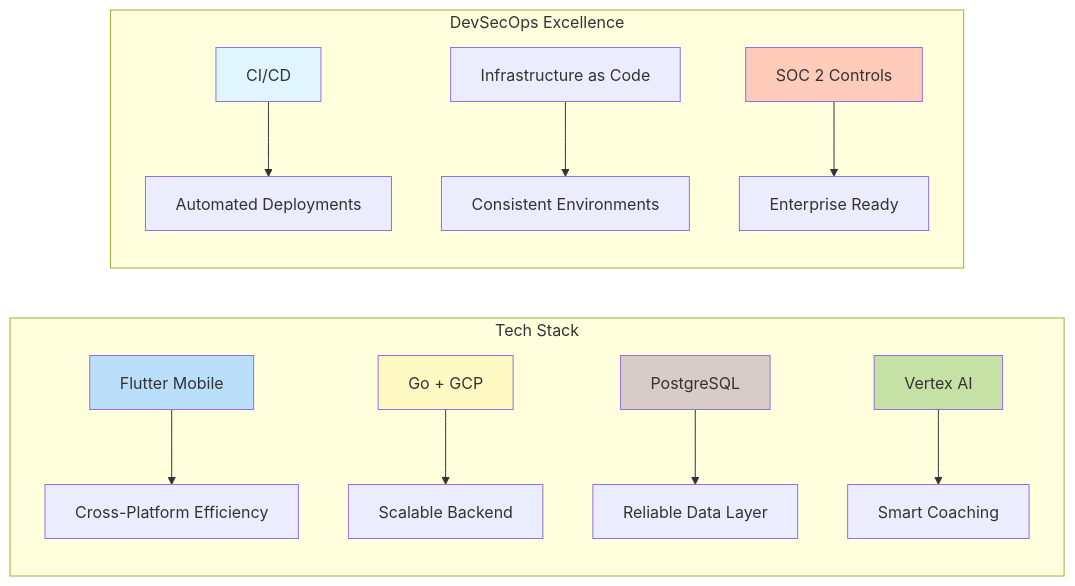
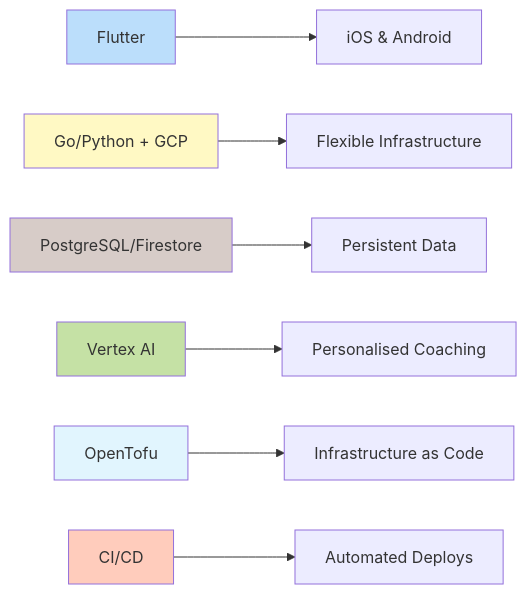
One commit to keolo/keolo-com changed the third of 3 diagrams in content/projects/joyo.md. Above: the diagram before and after it, drawn with Mermaid. The commit also changed other lines of this file and 1 other file, not shown here.

````diff
--- a/content/projects/joyo.md
+++ b/content/projects/joyo.md
@@ -238,22 +183,16 @@
 ```mermaid
 graph LR
-    subgraph "Tech Stack"
-        A[Flutter Mobile] --> B[Cross-Platform Efficiency]
-        C[Go + GCP] --> D[Scalable Backend]
-        E[PostgreSQL] --> F[Reliable Data Layer]
-        G[Vertex AI] --> H[Smart Coaching]
-    end
-
-    subgraph "DevSecOps Excellence"
-        I[CI/CD] --> J[Automated Deployments]
-        K[Infrastructure as Code] --> L[Consistent Environments]
-        M[SOC 2 Controls] --> N[Enterprise Ready]
-    end
+  A[Flutter] --> B[iOS & Android]
+  C[Go/Python + GCP] --> D[Flexible Infrastructure]
+  E[PostgreSQL/Firestore] --> F[Persistent Data]
+  G[Vertex AI] --> H[Personalised Coaching]
+  I[OpenTofu] --> J[Infrastructure as Code]
+  K[CI/CD] --> L[Automated Deploys]
 
     style A fill:#bbdefb
     style C fill:#fff9c4
     style E fill:#d7ccc8
     style G fill:#c5e1a5
     style I fill:#e1f5fe
-    style M fill:#ffccbc
+    style K fill:#ffccbc
 ```
````
